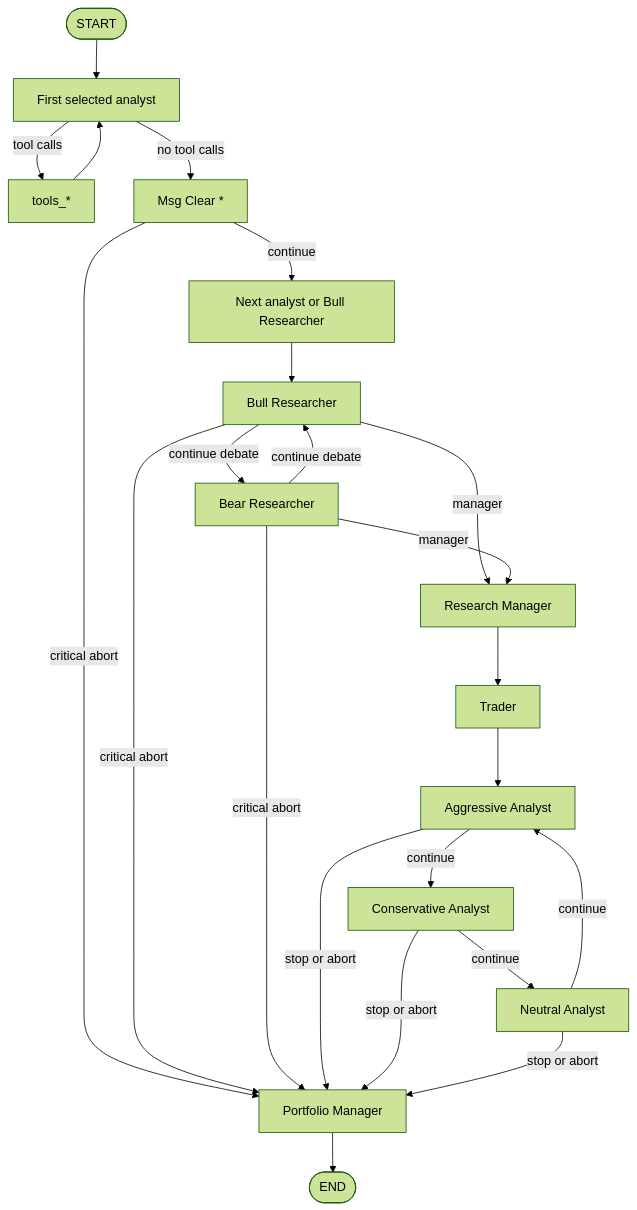
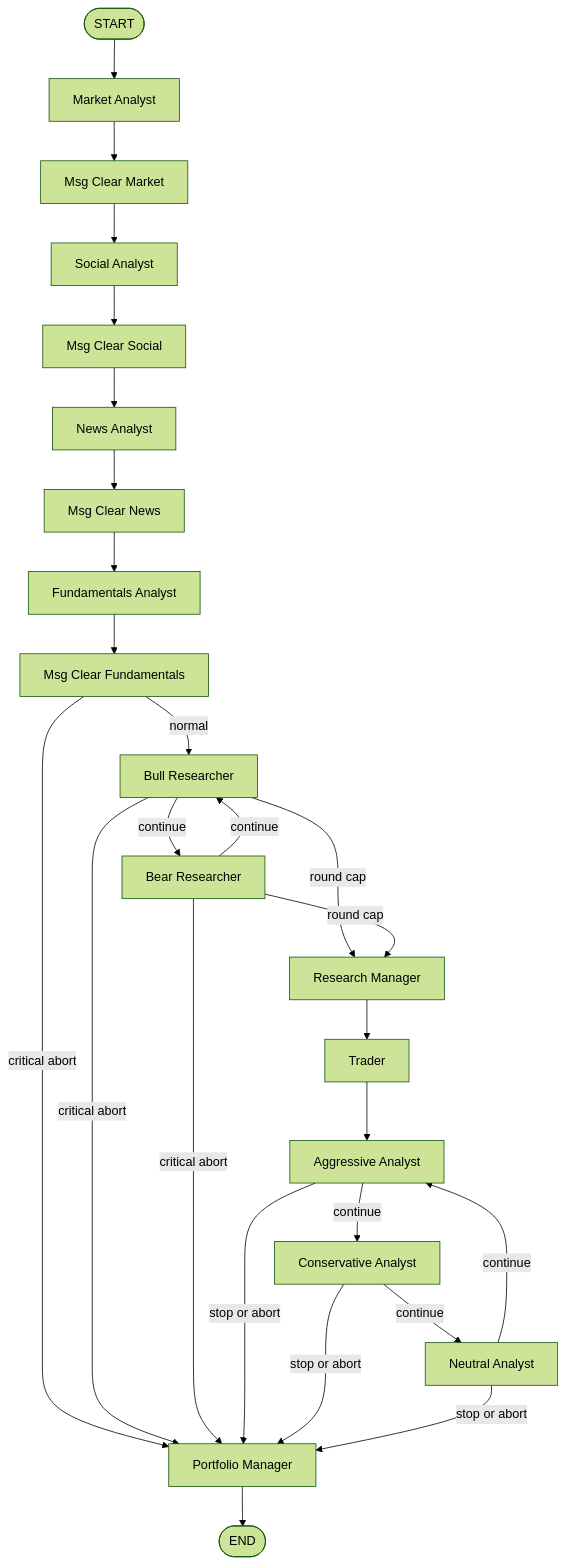
Before and after one commit to TauricResearch/TradingAgents: the second of 3 diagrams in docs/graph_flows.md, drawn with Mermaid (forest theme). The commit also changed other lines of this file and 11 other files, not shown here.

First line of the commit message:
[codex] Fix scan fallback rerun and refresh graph docs (#151)

````diff
--- a/docs/graph_flows.md
+++ b/docs/graph_flows.md
@@ -57,27 +36,28 @@
 ```mermaid
 flowchart TD
-    A([START]) --> B[First selected analyst]
-    B -->|tool calls| C[tools_*]
-    C --> B
-    B -->|no tool calls| D[Msg Clear *]
-    D -->|critical abort| PM[Portfolio Manager]
-    D -->|continue| E[Next analyst or Bull Researcher]
-
-    E --> BR[Bull Researcher]
-    BR -->|continue debate| BE[Bear Researcher]
-    BR -->|manager| RM[Research Manager]
-    BR -->|critical abort| PM
-    BE -->|continue debate| BR
-    BE -->|manager| RM
-    BE -->|critical abort| PM
-
-    RM --> TR[Trader]
-    TR --> AG[Aggressive Analyst]
-    AG -->|continue| CO[Conservative Analyst]
-    AG -->|stop or abort| PM
-    CO -->|continue| NE[Neutral Analyst]
-    CO -->|stop or abort| PM
-    NE -->|continue| AG
-    NE -->|stop or abort| PM
-    PM --> Z([END])
+    A([START]) --> B["Market Analyst"]
+    B --> C["Msg Clear Market"]
+    C --> D["Social Analyst"]
+    D --> E["Msg Clear Social"]
+    E --> F["News Analyst"]
+    F --> G["Msg Clear News"]
+    G --> H["Fundamentals Analyst"]
+    H --> I["Msg Clear Fundamentals"]
+    I -->|normal| J["Bull Researcher"]
+    I -->|critical abort| Q["Portfolio Manager"]
+    J -->|continue| K["Bear Researcher"]
+    J -->|round cap| L["Research Manager"]
+    J -->|critical abort| Q
+    K -->|continue| J
+    K -->|round cap| L
+    K -->|critical abort| Q
+    L --> M["Trader"]
+    M --> N["Aggressive Analyst"]
+    N -->|continue| O["Conservative Analyst"]
+    N -->|stop or abort| Q
+    O -->|continue| P["Neutral Analyst"]
+    O -->|stop or abort| Q
+    P -->|continue| N
+    P -->|stop or abort| Q
+    Q --> R([END])
 ```
````
